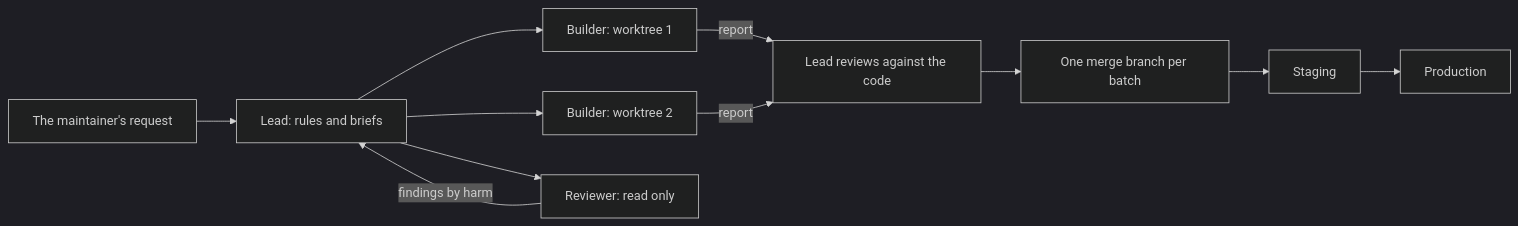
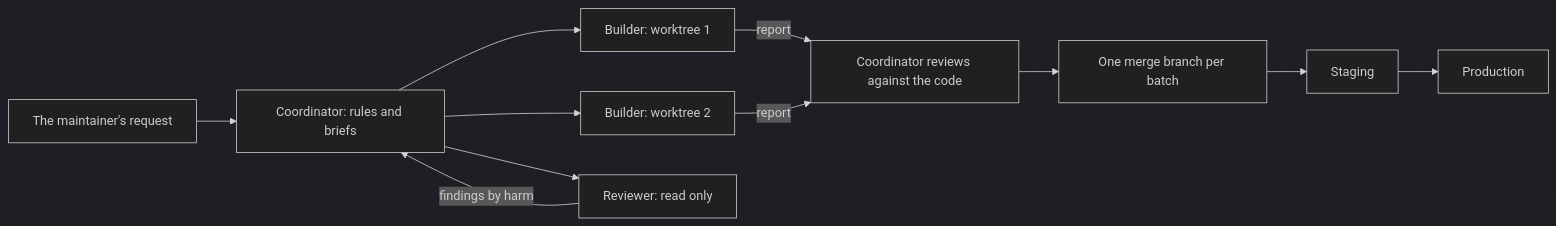
One commit to buildlab-studio/japacity changed the third of 3 diagrams in docs/site/built/working.md. Above: the diagram before and after it, drawn with Mermaid (dark theme). The commit also changed other lines of this file and 122 other files, not shown here.

````diff
--- a/docs/site/built/working.md
+++ b/docs/site/built/working.md
@@ -213,12 +246,12 @@
 ```mermaid
 flowchart LR
-  ask["The maintainer's request"] --> lead["Lead: rules and briefs"]
-  lead --> b1["Builder: worktree 1"]
-  lead --> b2["Builder: worktree 2"]
-  lead --> r["Reviewer: read only"]
-  b1 -->|"report"| review["Lead reviews against the code"]
+  ask["The maintainer's request"] --> coord["Coordinator: rules and briefs"]
+  coord --> b1["Builder: worktree 1"]
+  coord --> b2["Builder: worktree 2"]
+  coord --> r["Reviewer: read only"]
+  b1 -->|"report"| review["Coordinator reviews against the code"]
   b2 -->|"report"| review
-  r -->|"findings by harm"| lead
+  r -->|"findings by harm"| coord
   review --> batch["One merge branch per batch"]
   batch --> staging["Staging"] --> production["Production"]
 ```
````
